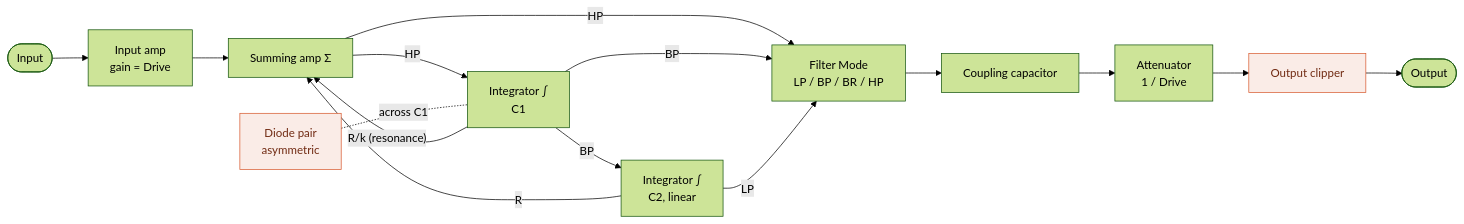
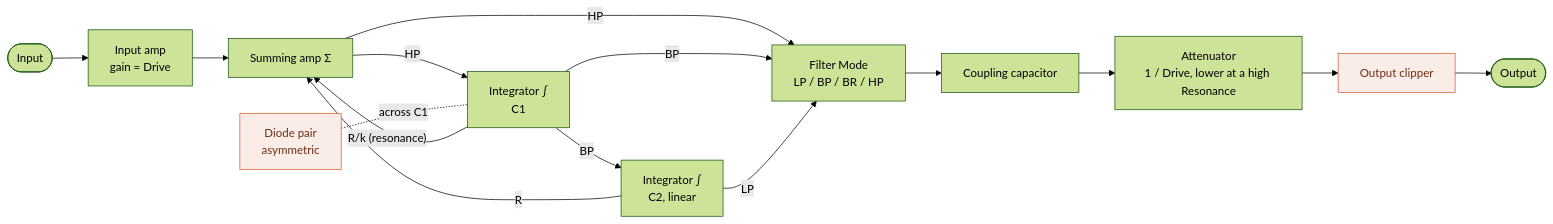
The third of 10 diagrams in PRA32-U2-Block-Diagrams.md (risgk/digital-synth-pra32-u2), drawn with Mermaid (forest theme) before and after one commit. The commit also changed other lines of this file and 5 other files, not shown here.

````diff
--- a/PRA32-U2-Block-Diagrams.md
+++ b/PRA32-U2-Block-Diagrams.md
@@ -106,19 +109,19 @@
 ```mermaid
 flowchart LR
     IN([Input]) --> IA["Input amp<br/>gain = Drive"]
     IA --> A1["Summing amp Σ"]
     A1 -->|HP| A2["Integrator ∫<br/>C1"]
     D["Diode pair<br/>asymmetric"] -.-|across C1| A2
     A2 -->|BP| A3["Integrator ∫<br/>C2, linear"]
     A1 -->|HP| MS["Filter Mode<br/>LP / BP / BR / HP"]
     A2 -->|BP| MS
     A3 -->|LP| MS
     MS --> CC["Coupling capacitor"]
-    CC --> OA["Attenuator<br/>1 / Drive"]
+    CC --> OA["Attenuator<br/>1 / Drive, lower at a high Resonance"]
     OA --> LIM["Output clipper"]
     LIM --> OUT([Output])
     A2 -->|"R/k (resonance)"| A1
     A3 -->|R| A1
     classDef nl fill:#FAECE7,stroke:#D85A30,color:#712B13
     class D,LIM nl
 ```
````
